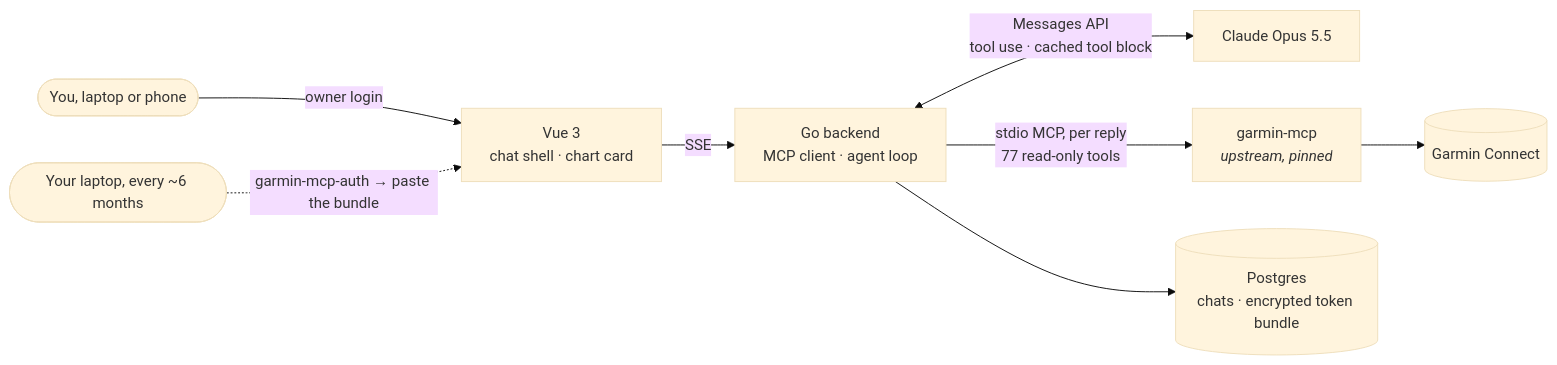
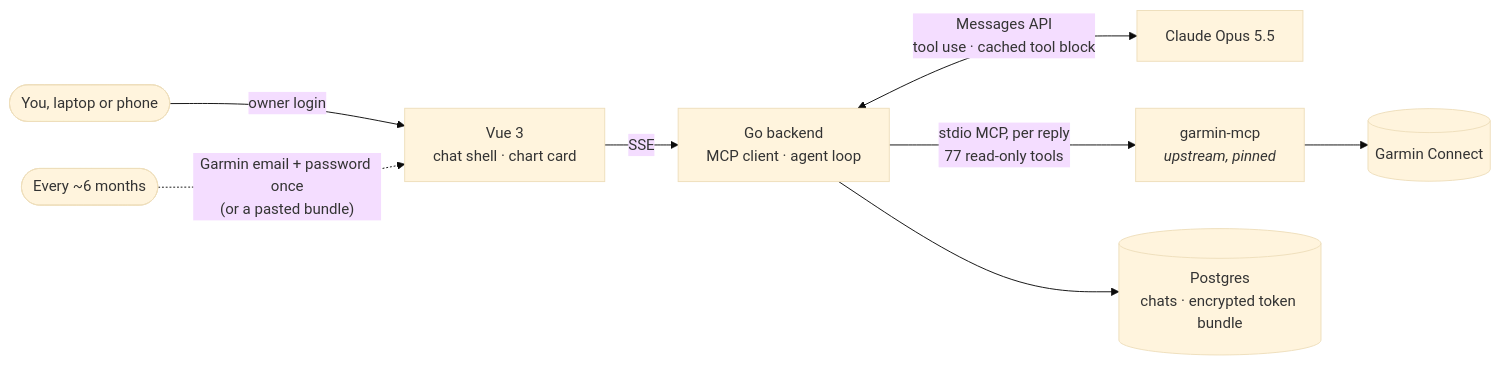
Before and after one commit to lmagsino/run-coach-ai: the first of 2 diagrams in README.md, drawn with Mermaid (base theme). The commit also changed other lines of this file, not shown here.

First line of the commit message:
docs(readme): Garmin sign-in everywhere the README describes connecting

````diff
--- a/README.md
+++ b/README.md
@@ -41,10 +41,10 @@
 ```mermaid
 flowchart LR
     You([You, laptop or phone]) -->|owner login| UI["Vue 3<br/>chat shell · chart card"]
     UI -->|SSE| Go["Go backend<br/>MCP client · agent loop"]
     Go <-->|"Messages API<br/>tool use · cached tool block"| Claude["Claude Opus 5.5"]
     Go -->|"stdio MCP, per reply<br/>77 read-only tools"| MCP["garmin-mcp<br/><i>upstream, pinned</i>"]
     MCP --> Garmin[("Garmin Connect")]
     Go --> DB[("Postgres<br/>chats · encrypted token bundle")]
-    Laptop([Your laptop, every ~6 months]) -. "garmin-mcp-auth → paste the bundle" .-> UI
+    Runner([Every ~6 months]) -. "Garmin email + password once<br/>(or a pasted bundle)" .-> UI
 ```
````
